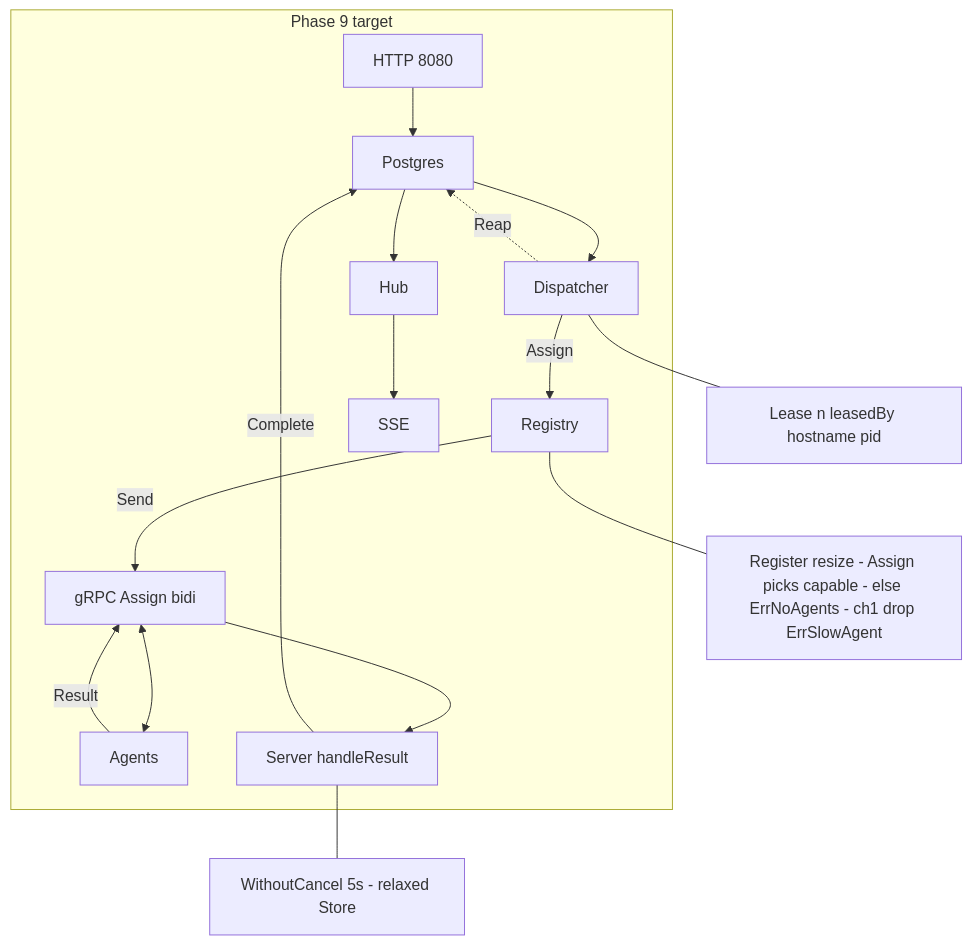
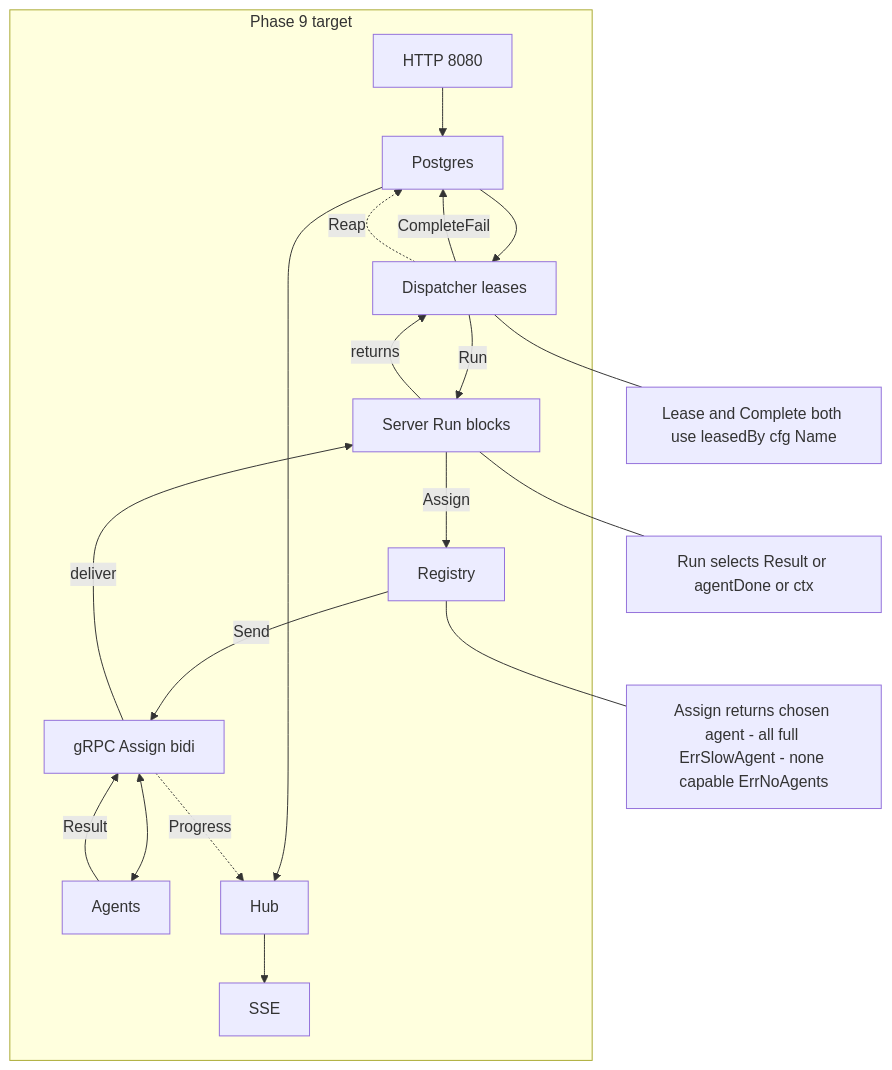
The first of 3 diagrams in docs/plans/2026-08-28-conveyor-phase-9.md (mddemin/conveyord), drawn with Mermaid before and after one commit. The commit also changed other lines of this file and 8 other files, not shown here.

````diff
--- a/docs/plans/2026-08-28-conveyor-phase-9.md
+++ b/docs/plans/2026-08-28-conveyor-phase-9.md
@@ -449,19 +858,22 @@
 ```mermaid
 flowchart TB
   subgraph P9["Phase 9 target"]
     HTTP["HTTP 8080"] --> Store["Postgres"]
-    Store --> Dispatch["Dispatcher"]
-    Dispatch -->|Assign| Reg["Registry"]
+    Store --> Dispatch["Dispatcher leases"]
+    Dispatch -->|Run| Server["Server Run blocks"]
+    Server -->|Assign| Reg["Registry"]
     Reg -->|Send| Stream["gRPC Assign bidi"]
     Stream <--> Agents["Agents"]
     Agents -->|Result| Stream
-    Stream --> Server["Server handleResult"]
-    Server -->|Complete| Store
+    Stream -->|deliver| Server
+    Server -->|returns| Dispatch
+    Dispatch -->|CompleteFail| Store
     Dispatch -.->|Reap| Store
     Store --> Hub["Hub"]
+    Stream -.->|Progress| Hub
     Hub --> SSE["SSE"]
   end
-  Reg --- Note1["Register resize - Assign picks capable - else ErrNoAgents - ch1 drop ErrSlowAgent"]
-  Dispatch --- Note2["Lease n leasedBy hostname pid"]
-  Server --- Note3["WithoutCancel 5s - relaxed Store"]
+  Reg --- Note1["Assign returns chosen agent - all full ErrSlowAgent - none capable ErrNoAgents"]
+  Dispatch --- Note2["Lease and Complete both use leasedBy cfg Name"]
+  Server --- Note3["Run selects Result or agentDone or ctx"]
 ```
````
